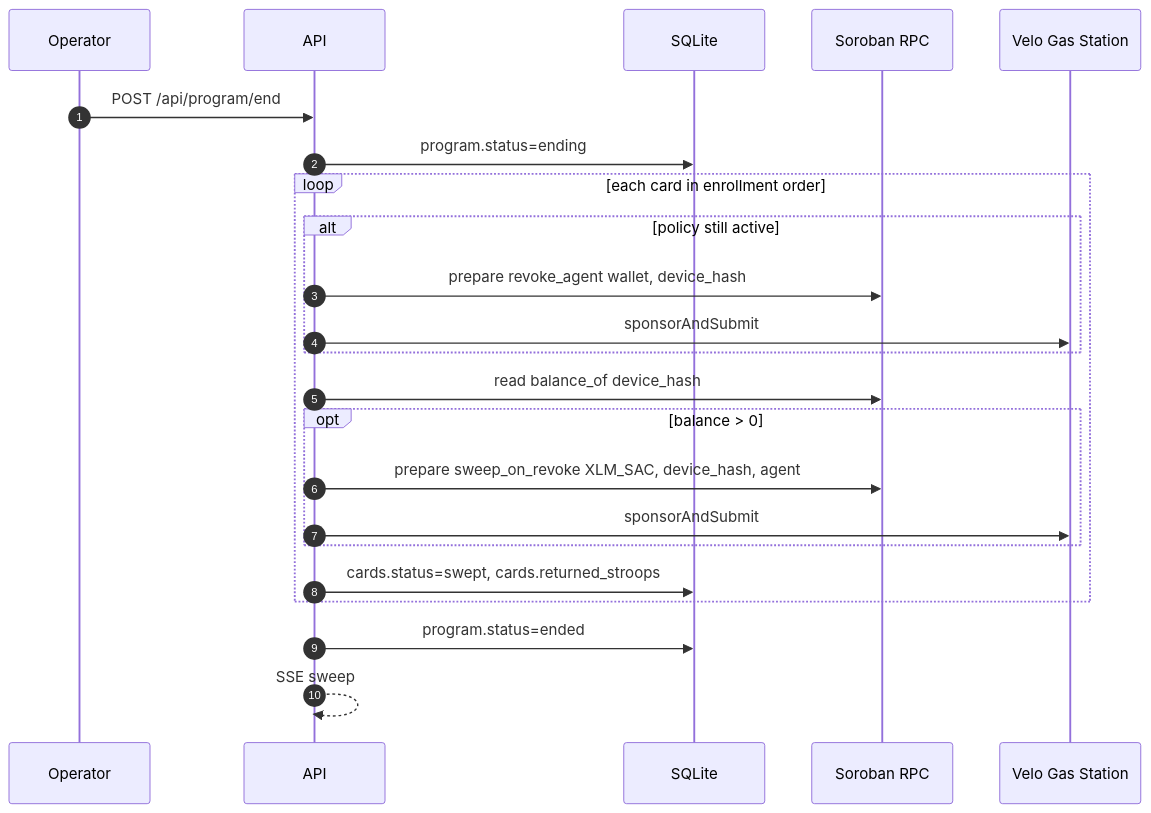
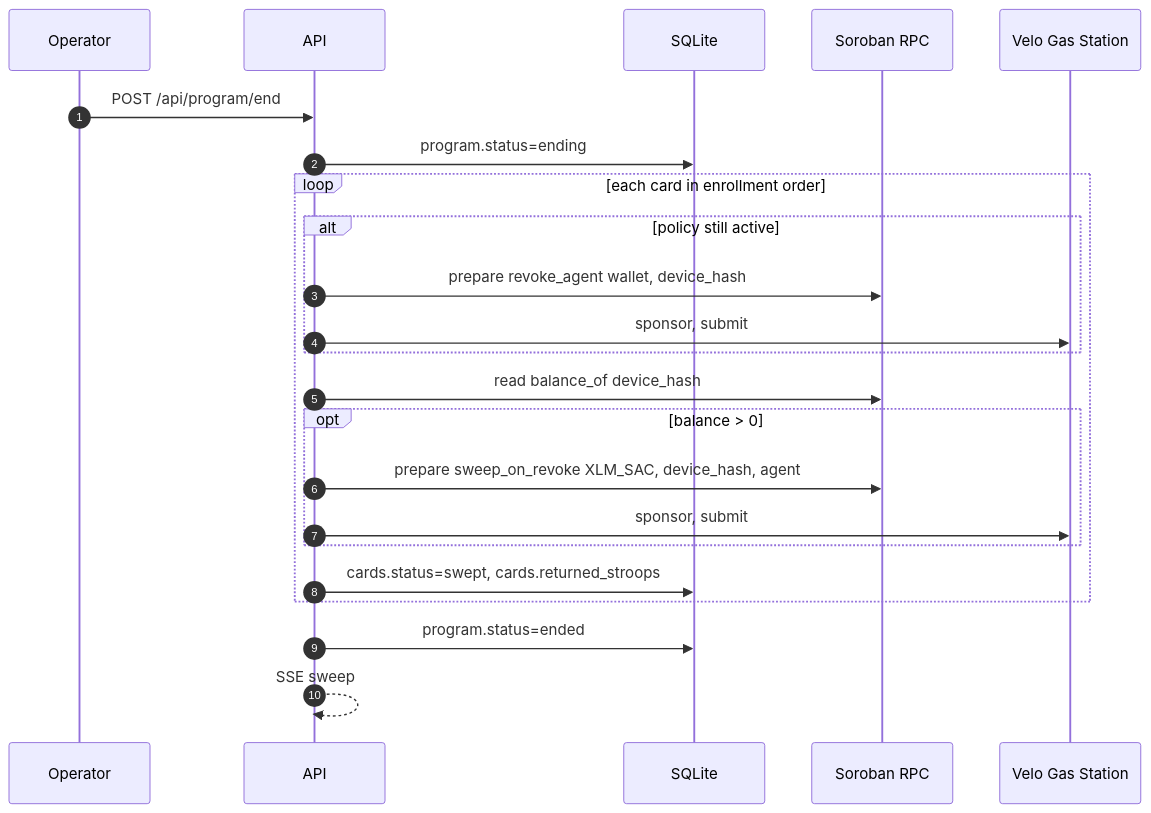
Before and after one commit to Jimuelle07/TAPat: the seventh of 7 diagrams in docs/system-design.md, drawn with Mermaid. The commit also changed other lines of this file and 17 other files, not shown here.

````diff
--- a/docs/system-design.md
+++ b/docs/system-design.md
@@ -448,26 +448,26 @@
 ```mermaid
 sequenceDiagram
     autonumber
     participant Op as Operator
     participant API as API
     participant DB as SQLite
     participant RPC as Soroban RPC
     participant Gas as Velo Gas Station
 
     Op->>API: POST /api/program/end
     API->>DB: program.status=ending
     loop each card in enrollment order
         alt policy still active
             API->>RPC: prepare revoke_agent wallet, device_hash
-            API->>Gas: sponsorAndSubmit
+            API->>Gas: sponsor, submit
         end
         API->>RPC: read balance_of device_hash
         opt balance > 0
             API->>RPC: prepare sweep_on_revoke XLM_SAC, device_hash, agent
-            API->>Gas: sponsorAndSubmit
+            API->>Gas: sponsor, submit
         end
         API->>DB: cards.status=swept, cards.returned_stroops
     end
     API->>DB: program.status=ended
     API-->>API: SSE sweep
 ```
````
